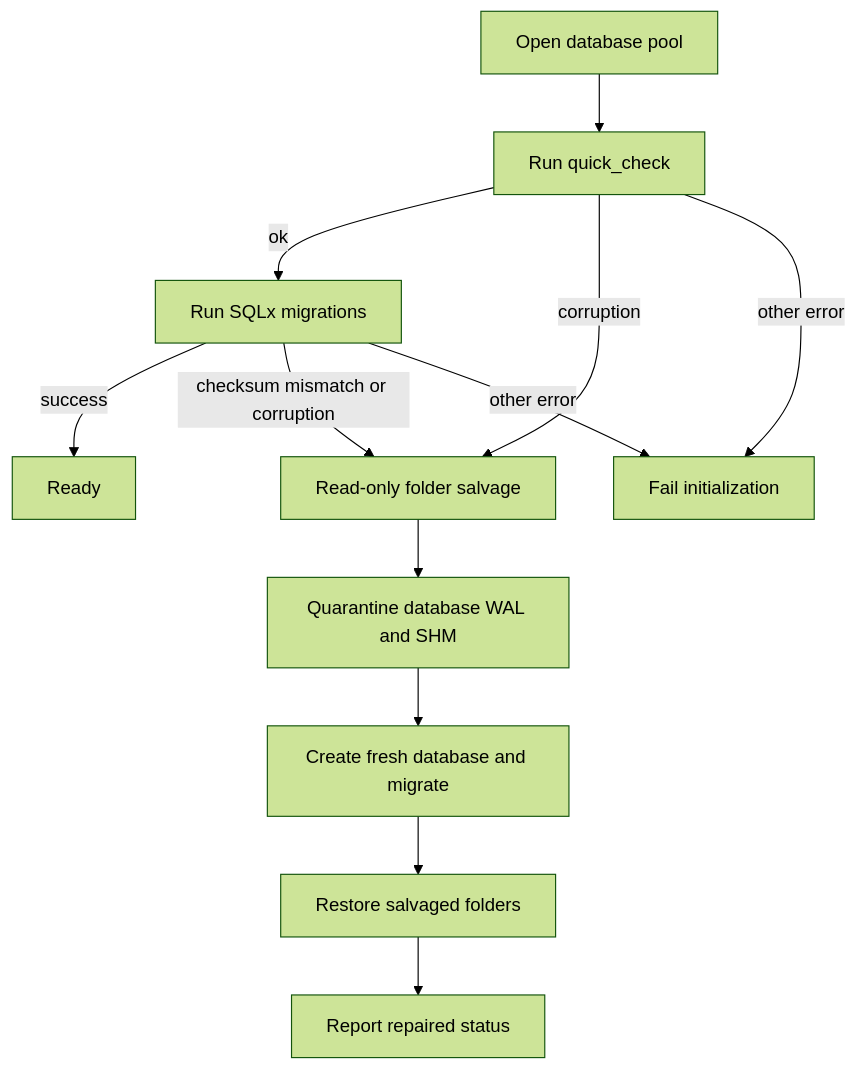
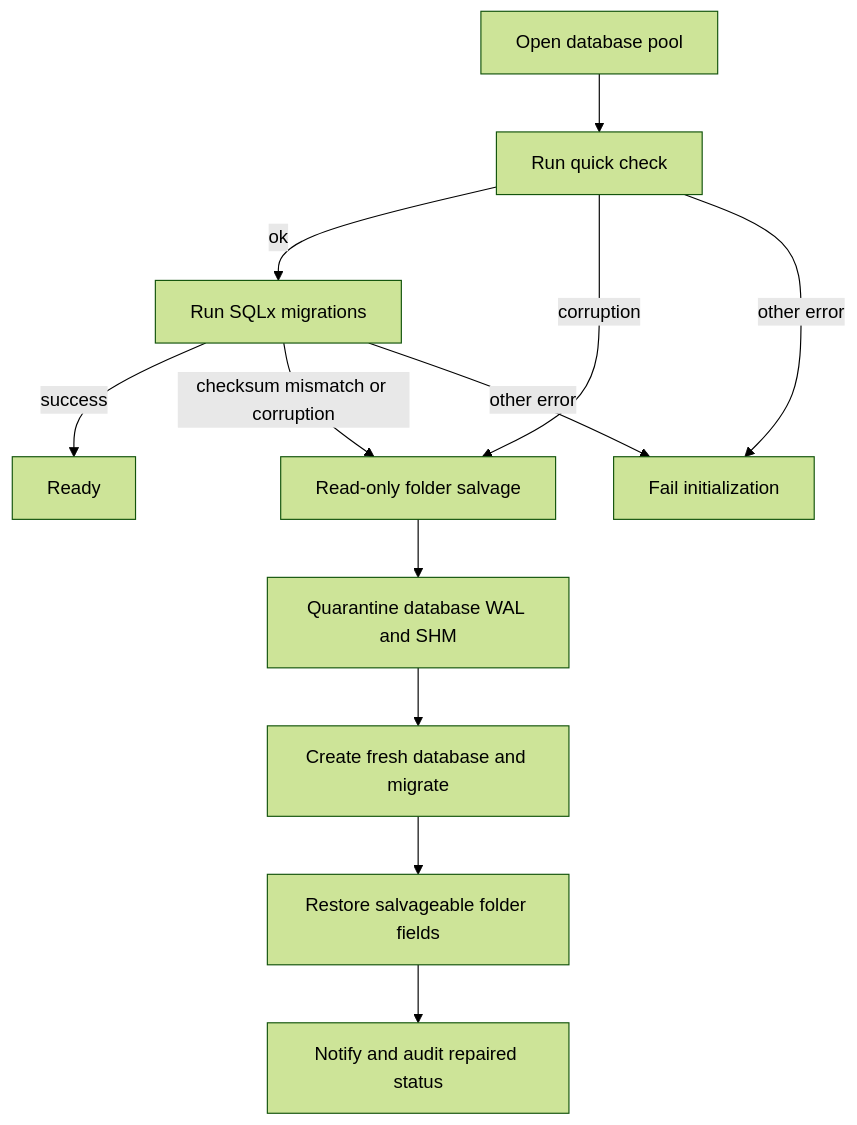
One commit to xXRoxXeRXx/lymic changed the third of 3 diagrams in openwiki/data/local-state.md. Above: the diagram before and after it, drawn with Mermaid (forest theme). The commit also changed other lines of this file and 28 other files, not shown here.

````diff
--- a/openwiki/data/local-state.md
+++ b/openwiki/data/local-state.md
@@ -133,14 +147,14 @@
 ```mermaid
 flowchart TD
-    Begin["Open database pool"] --> Check["Run quick_check"]
+    Begin["Open database pool"] --> Check["Run quick check"]
     Check -->|ok| Migrate["Run SQLx migrations"]
     Migrate -->|success| Ready["Ready"]
     Check -->|corruption| Salvage["Read-only folder salvage"]
     Migrate -->|checksum mismatch or corruption| Salvage
     Salvage --> Quarantine["Quarantine database WAL and SHM"]
     Quarantine --> Fresh["Create fresh database and migrate"]
-    Fresh --> Restore["Restore salvaged folders"]
-    Restore --> Repaired["Report repaired status"]
-    Check -->|other error| Fail["Fail initialization"]
-    Migrate -->|other error| Fail
+    Fresh --> Restore["Restore salvageable folder fields"]
+    Restore --> Repaired["Notify and audit repaired status"]
+    Check -->|other error| Failed["Fail initialization"]
+    Migrate -->|other error| Failed
 ```
````
